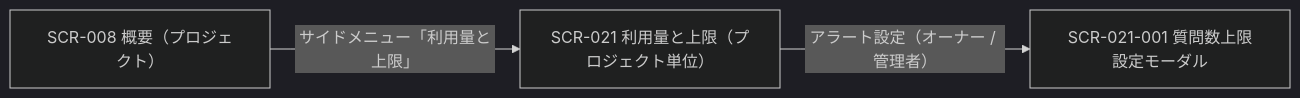
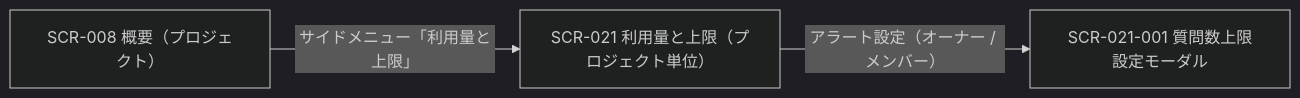
The diagram in 02_basic-design/SCR-021.md (sikakou54/open-faq), drawn with Mermaid (dark theme) before and after one commit. The commit also changed other lines of this file and 162 other files, not shown here.

````diff
--- a/02_basic-design/SCR-021.md
+++ b/02_basic-design/SCR-021.md
@@ -37,8 +36,8 @@
 ```mermaid
 flowchart LR
   S1["SCR-021 利用量と上限（プロジェクト単位）"]
   S2["SCR-021-001 質問数上限設定モーダル"]
   S0["SCR-008 概要（プロジェクト）"]
   S0 -->|サイドメニュー「利用量と上限」| S1
-  S1 -->|アラート設定（オーナー / 管理者）| S2
+  S1 -->|アラート設定（オーナー / メンバー）| S2
 ```
````
